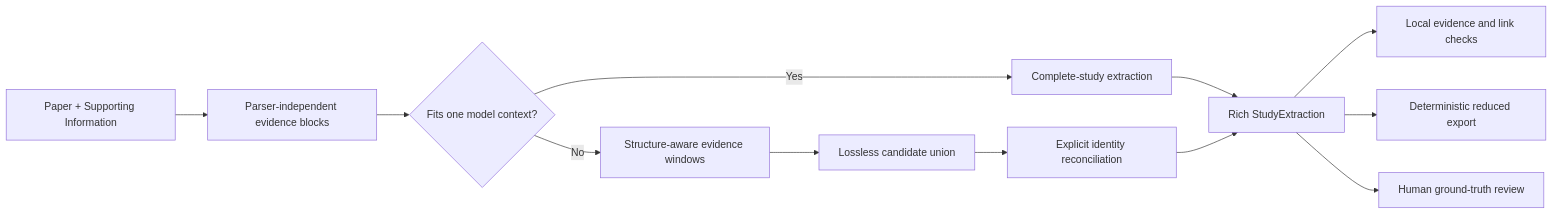
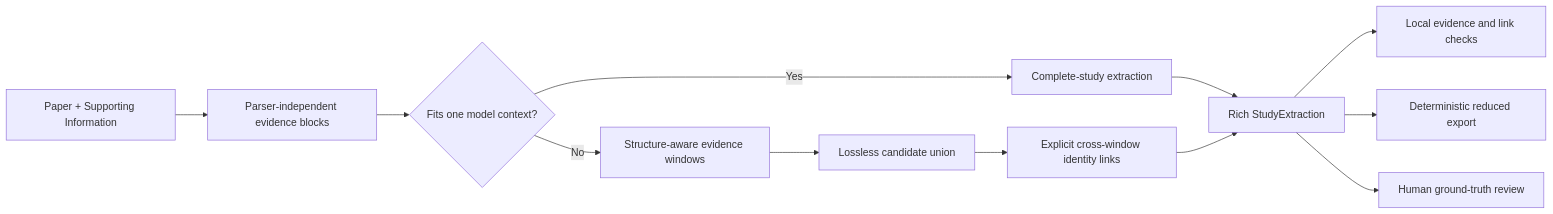
The diagram in docs/index.md (lamalab-org/perla-extract), drawn with Mermaid before and after one commit. The commit also changed other lines of this file and 31 other files, not shown here.

````diff
--- a/docs/index.md
+++ b/docs/index.md
@@ -12,14 +12,14 @@
 ```mermaid
 flowchart LR
     A["Paper + Supporting Information"] --> B["Parser-independent evidence blocks"]
     B --> C{"Fits one model context?"}
     C -->|Yes| D["Complete-study extraction"]
     C -->|No| E["Structure-aware evidence windows"]
     E --> F["Lossless candidate union"]
-    F --> G["Explicit identity reconciliation"]
+    F --> G["Explicit cross-window identity links"]
     D --> H["Rich StudyExtraction"]
     G --> H
     H --> I["Local evidence and link checks"]
     H --> J["Deterministic reduced export"]
     H --> K["Human ground-truth review"]
 ```
````
